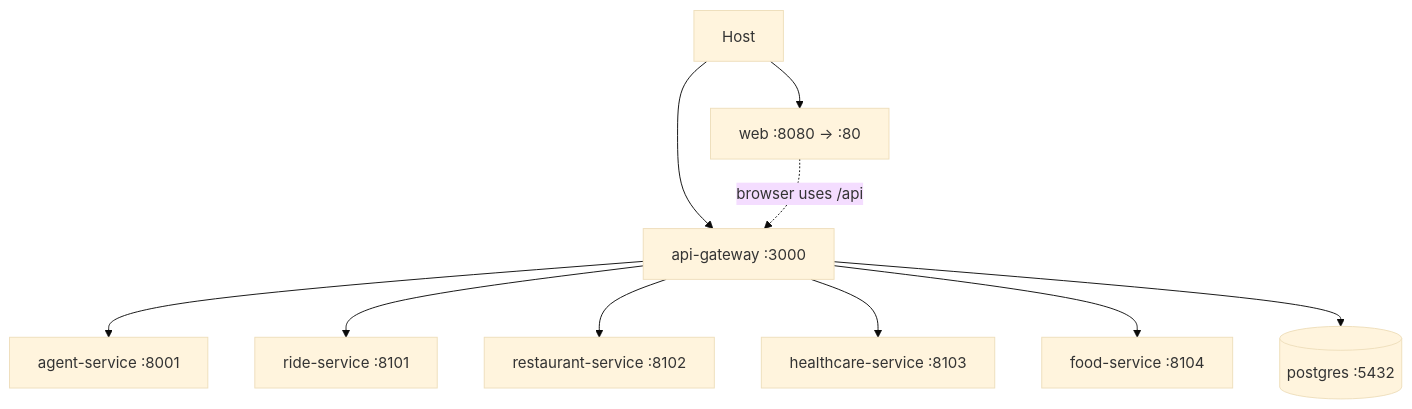
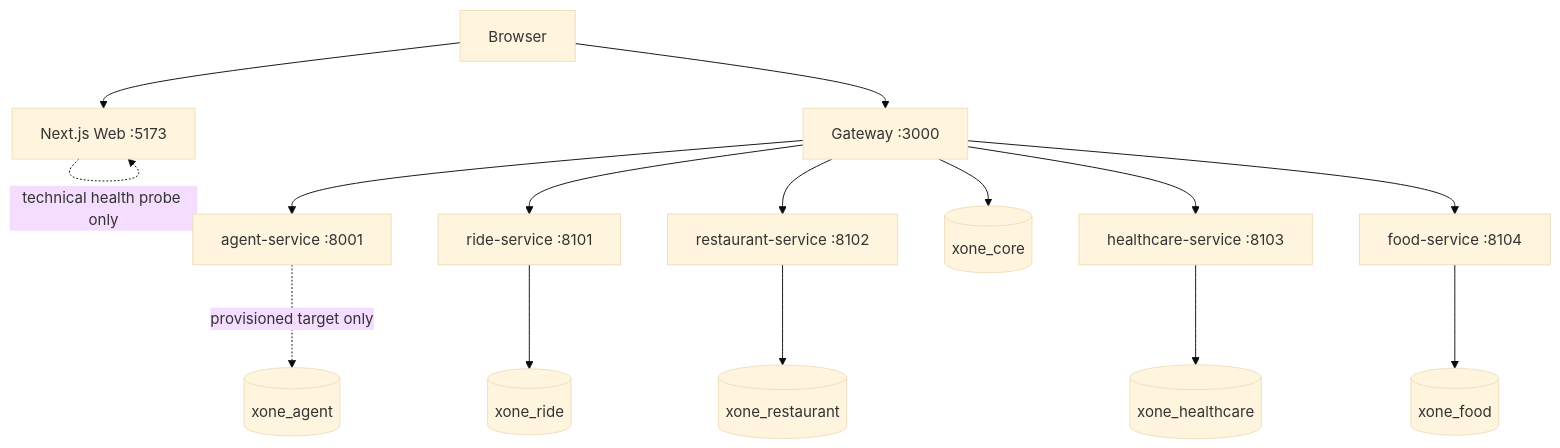
The diagram in docs/architecture/runtime-architecture.md (codecuatai/P-018), drawn with Mermaid (base theme) before and after one commit. The commit also changed other lines of this file and 405 other files, not shown here.

Commit message:
cập nhật file md, architecture diagram

````diff
--- a/docs/architecture/runtime-architecture.md
+++ b/docs/architecture/runtime-architecture.md
@@ -5,12 +5,17 @@
 ```mermaid
 flowchart TB
-  Host --> Web[web :8080 -> :80]
-  Host --> Gateway[api-gateway :3000]
+  Browser --> Web[Next.js Web :5173]
+  Browser --> Gateway[Gateway :3000]
+  Web -. technical health probe only .-> Web
   Gateway --> Agent[agent-service :8001]
   Gateway --> Ride[ride-service :8101]
   Gateway --> Restaurant[restaurant-service :8102]
   Gateway --> Healthcare[healthcare-service :8103]
   Gateway --> Food[food-service :8104]
-  Gateway --> Postgres[(postgres :5432)]
-  Web -. browser uses /api .-> Gateway
+  Gateway --> Core[(xone_core)]
+  Agent -. provisioned target only .-> AgentDb[(xone_agent)]
+  Ride --> RideDb[(xone_ride)]
+  Restaurant --> RestaurantDb[(xone_restaurant)]
+  Healthcare --> HealthcareDb[(xone_healthcare)]
+  Food --> FoodDb[(xone_food)]
 ```
````
